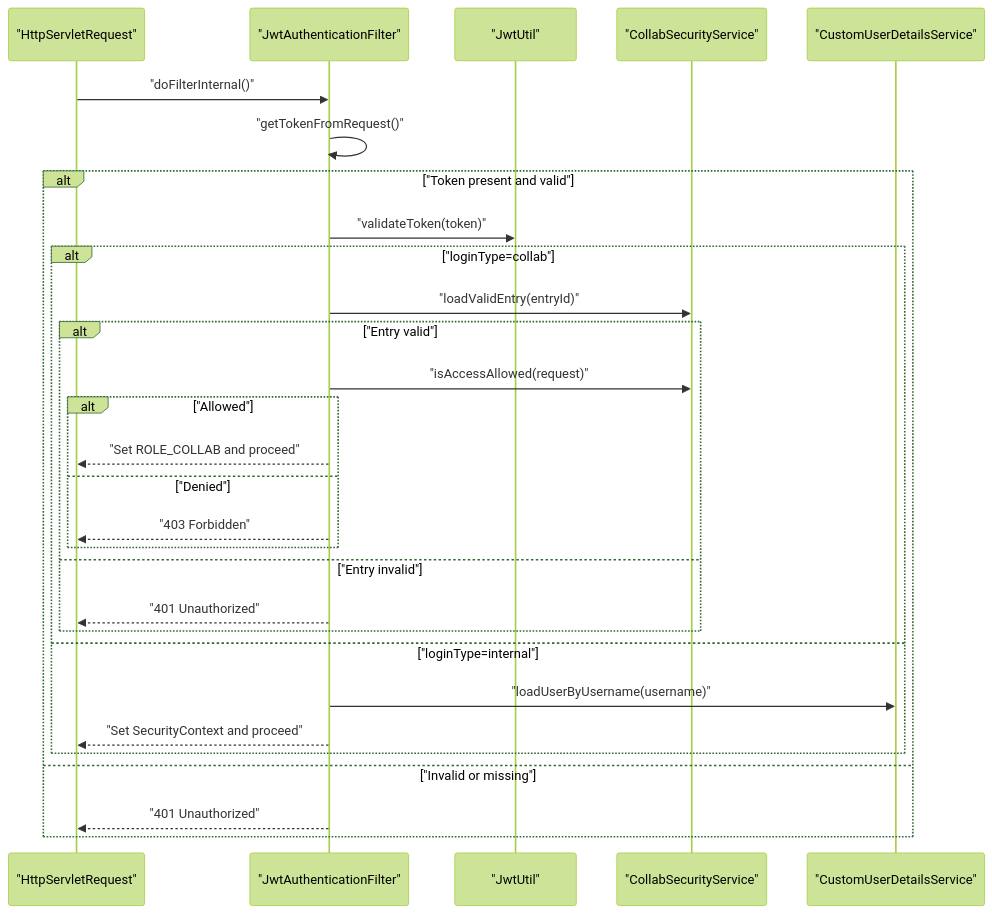
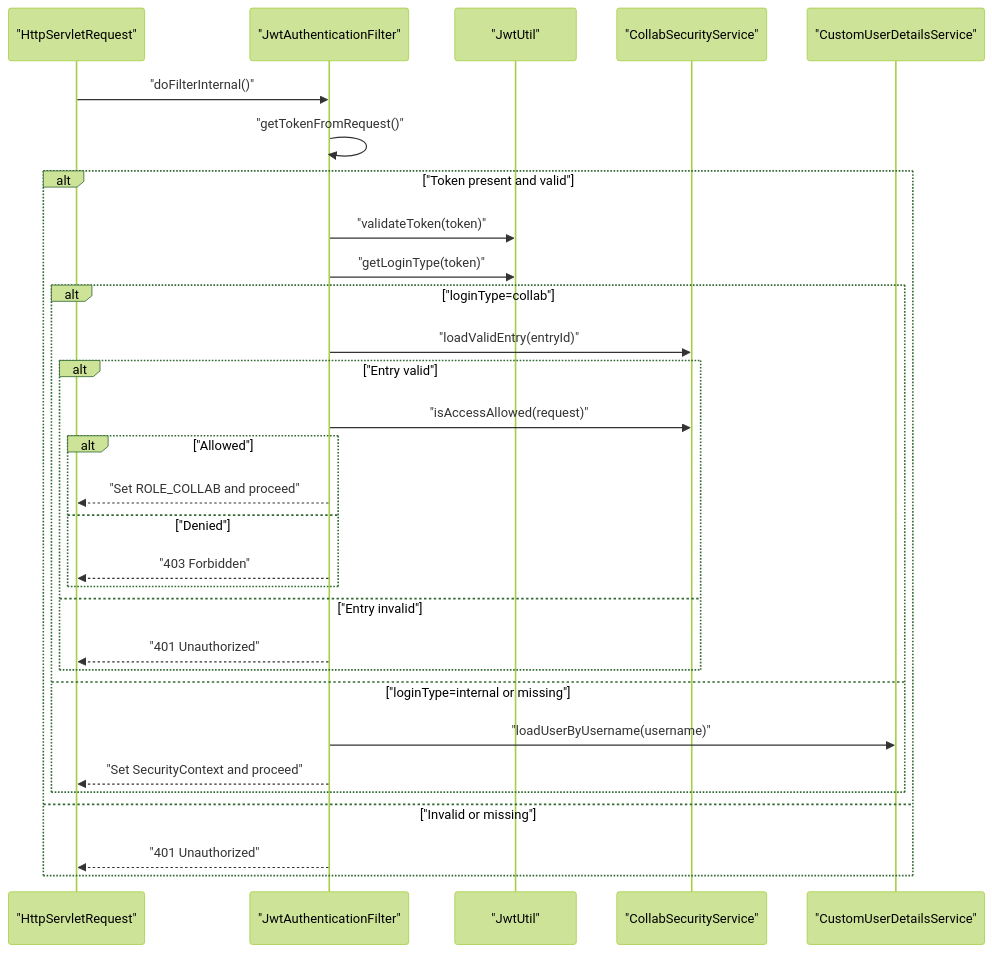
The fourth of 12 diagrams in .qoder/repowiki/en/content/Authentication & Authorization/JWT Implementation.md (bo961386926/Survey-App), drawn with Mermaid (forest theme) before and after one commit. The commit also changed other lines of this file and 25 other files, not shown here.

````diff
--- a/.qoder/repowiki/en/content/Authentication & Authorization/JWT Implementation.md
+++ b/.qoder/repowiki/en/content/Authentication & Authorization/JWT Implementation.md
@@ -224,31 +244,32 @@
 ```mermaid
 sequenceDiagram
 participant Req as "HttpServletRequest"
 participant Filter as "JwtAuthenticationFilter"
 participant Util as "JwtUtil"
 participant CSS as "CollabSecurityService"
 participant UDS as "CustomUserDetailsService"
 Req->>Filter : "doFilterInternal()"
 Filter->>Filter : "getTokenFromRequest()"
 alt "Token present and valid"
 Filter->>Util : "validateToken(token)"
+Filter->>Util : "getLoginType(token)"
 alt "loginType=collab"
 Filter->>CSS : "loadValidEntry(entryId)"
 alt "Entry valid"
 Filter->>CSS : "isAccessAllowed(request)"
 alt "Allowed"
 Filter-->>Req : "Set ROLE_COLLAB and proceed"
 else "Denied"
 Filter-->>Req : "403 Forbidden"
 end
 else "Entry invalid"
 Filter-->>Req : "401 Unauthorized"
 end
-else "loginType=internal"
+else "loginType=internal or missing"
 Filter->>UDS : "loadUserByUsername(username)"
 Filter-->>Req : "Set SecurityContext and proceed"
 end
 else "Invalid or missing"
 Filter-->>Req : "401 Unauthorized"
 end
 ```
````
